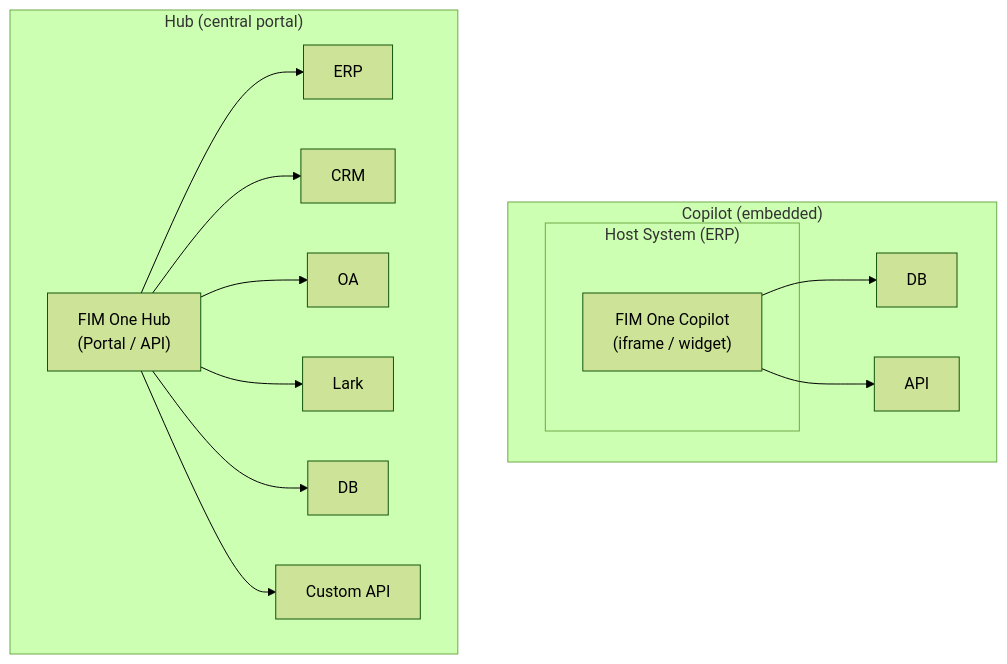
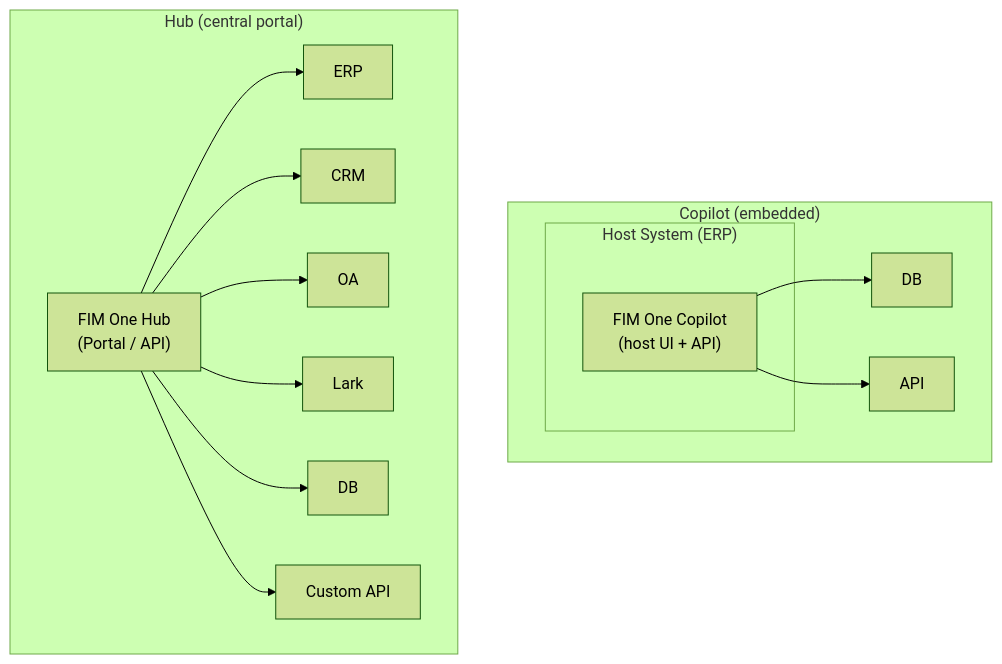
The first of 5 diagrams in docs/architecture/connector-architecture.mdx (fim-ai/fim-one), drawn with Mermaid (forest theme) before and after one commit. The commit also changed other lines of this file and 12 other files, not shown here.

````diff
--- a/docs/architecture/connector-architecture.mdx
+++ b/docs/architecture/connector-architecture.mdx
@@ -11,20 +11,20 @@
 ```mermaid
 flowchart TD
     subgraph Copilot["Copilot (embedded)"]
         subgraph Host["Host System (ERP)"]
-            C["FIM One Copilot<br/>(iframe / widget)"]
+            C["FIM One Copilot<br/>(host UI + API)"]
         end
         C --> DB1["DB"]
         C --> API1["API"]
     end
 
     subgraph Hub["Hub (central portal)"]
         H["FIM One Hub<br/>(Portal / API)"]
         H --> ERP["ERP"]
         H --> CRM["CRM"]
         H --> OA["OA"]
         H --> Lark["Lark"]
         H --> DB2["DB"]
         H --> CustomAPI["Custom API"]
     end
 ```
````
